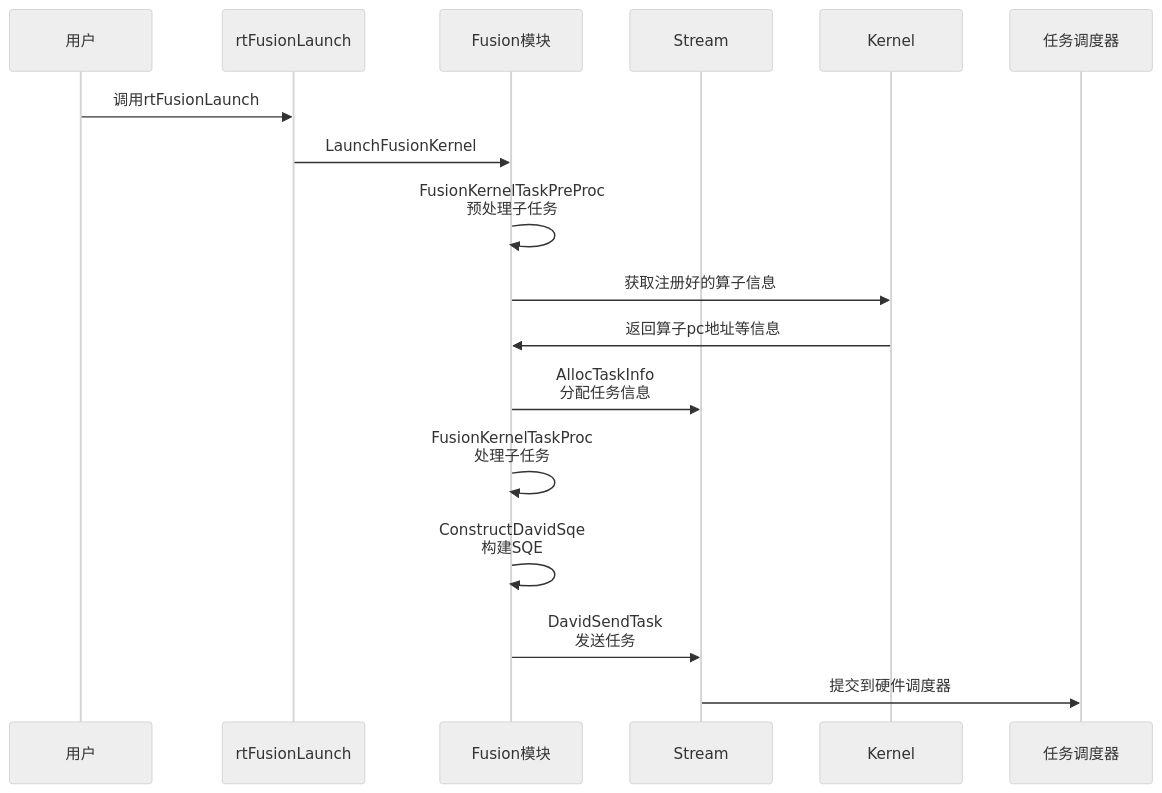
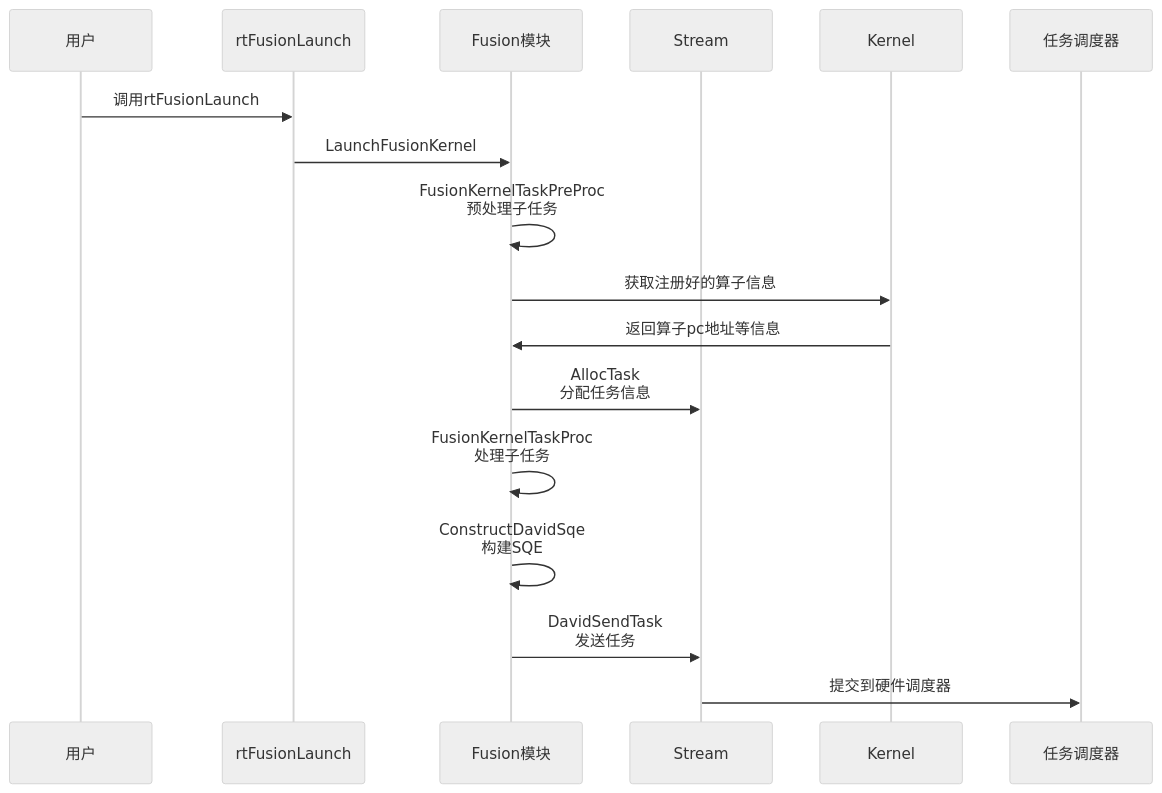
Before and after one commit to hicann/runtime: the second of 3 diagrams in docs/zh/design/features/fusion.md, drawn with Mermaid (neutral theme). The commit also changed 6 other files, not shown here.

````diff
--- a/docs/zh/design/features/fusion.md
+++ b/docs/zh/design/features/fusion.md
@@ -120,20 +120,20 @@
 ```mermaid
 sequenceDiagram
     participant User as 用户
     participant API as rtFusionLaunch
     participant Fusion as Fusion模块
     participant Stream as Stream
     participant Kernel as Kernel
     participant Stars as 任务调度器
     
     User->>API: 调用rtFusionLaunch
     API->>Fusion: LaunchFusionKernel
     Fusion->>Fusion: FusionKernelTaskPreProc<br/>预处理子任务
     Fusion->>Kernel: 获取注册好的算子信息
     Kernel->>Fusion: 返回算子pc地址等信息
-    Fusion->>Stream: AllocTaskInfo<br/>分配任务信息
+    Fusion->>Stream: AllocTask<br/>分配任务信息
     Fusion->>Fusion: FusionKernelTaskProc<br/>处理子任务
     Fusion->>Fusion: ConstructDavidSqe<br/>构建SQE
     Fusion->>Stream: DavidSendTask<br/>发送任务
     Stream->>Stars: 提交到硬件调度器
 ```
````
